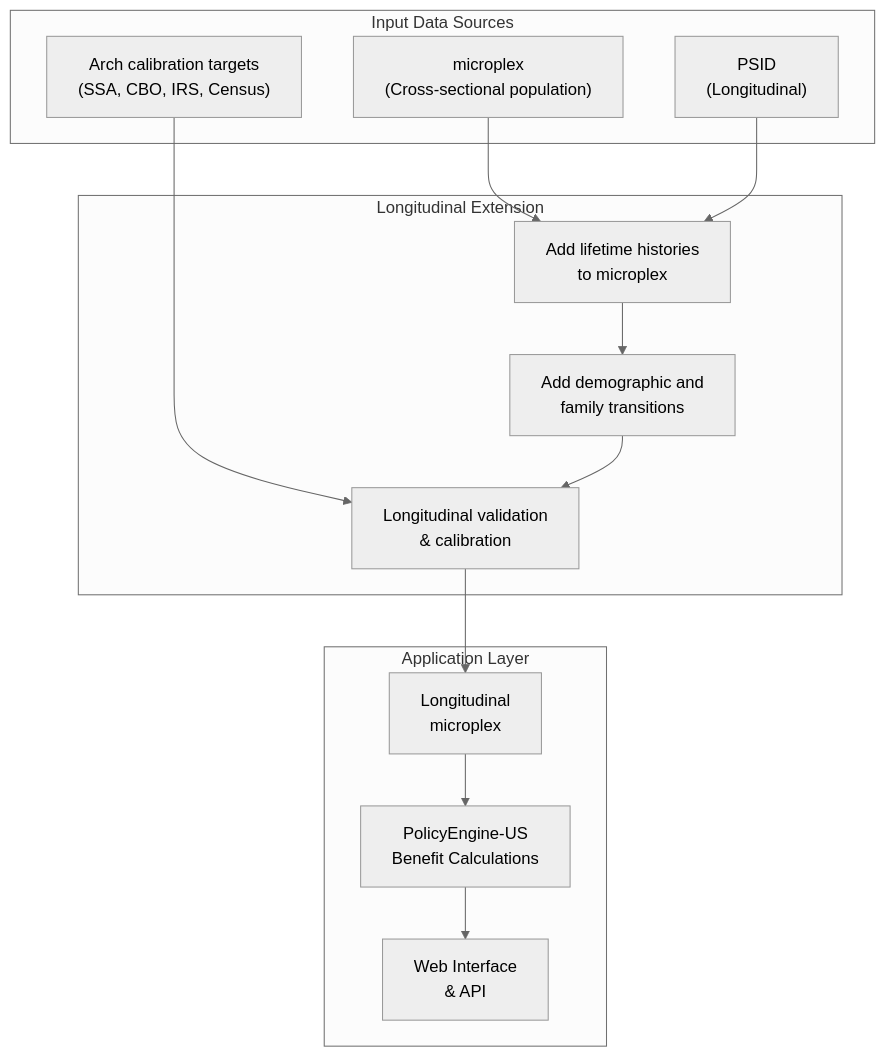
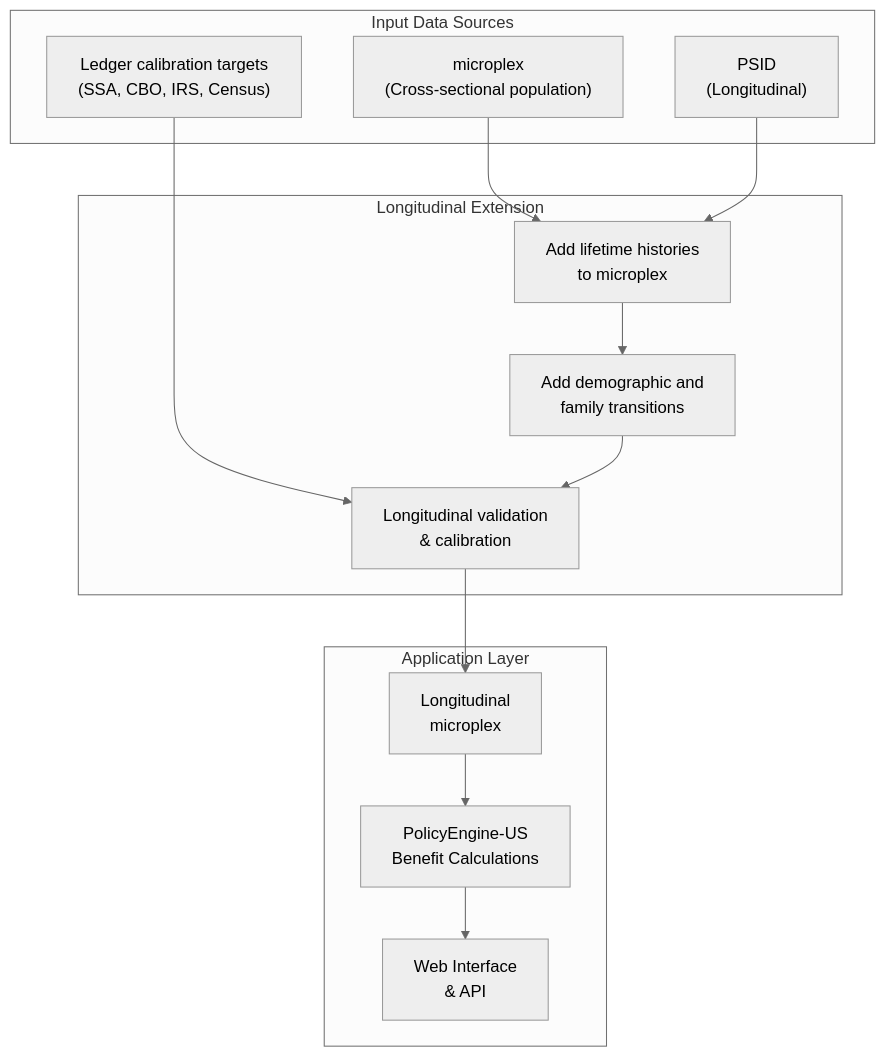
One commit to PolicyEngine/populace-dynamics changed the diagram in docs/methodology.md. Above: the diagram before and after it, drawn with Mermaid (neutral theme). The commit also changed other lines of this file and 10 other files, not shown here.

First line of the commit message:
Rename Arch to Ledger

````diff
--- a/docs/methodology.md
+++ b/docs/methodology.md
@@ -29,29 +29,29 @@
 ```mermaid
 flowchart TD
     subgraph inputs["Input Data Sources"]
         MPX["microplex<br/>(Cross-sectional population)"]
         PSID["PSID<br/>(Longitudinal)"]
-        SSA["Arch calibration targets<br/>(SSA, CBO, IRS, Census)"]
+        SSA["Ledger calibration targets<br/>(SSA, CBO, IRS, Census)"]
     end
 
     subgraph processing["Longitudinal Extension"]
         HIST["Add lifetime histories<br/>to microplex"]
         TRANS["Add demographic and<br/>family transitions"]
         CAL["Longitudinal validation<br/>& calibration"]
     end
 
     subgraph outputs["Application Layer"]
         PANEL["Longitudinal<br/>microplex"]
         PE["PolicyEngine-US<br/>Benefit Calculations"]
         WEB["Web Interface<br/>& API"]
     end
 
     MPX --> HIST
     PSID --> HIST
     HIST --> TRANS
     SSA --> CAL
     TRANS --> CAL
     CAL --> PANEL
     PANEL --> PE
     PE --> WEB
 ```
````
